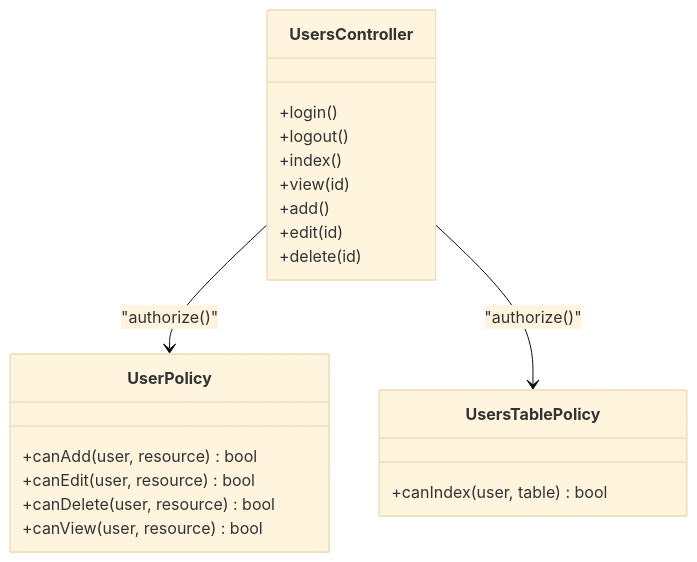
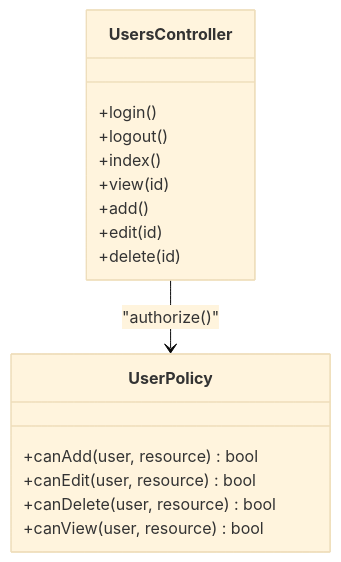
Before and after one commit to luiseduacosta/tcc4: the fifth of 10 diagrams in .qoder/repowiki/en/content/Architecture Overview/Architecture Overview.md, drawn with Mermaid (base theme). The commit also changed other lines of this file and 101 other files, not shown here.

````diff
--- a/.qoder/repowiki/en/content/Architecture Overview/Architecture Overview.md
+++ b/.qoder/repowiki/en/content/Architecture Overview/Architecture Overview.md
@@ -185,23 +188,19 @@
 ```mermaid
 classDiagram
 class UserPolicy {
 +canAdd(user, resource) bool
 +canEdit(user, resource) bool
 +canDelete(user, resource) bool
 +canView(user, resource) bool
-}
-class UsersTablePolicy {
-+canIndex(user, table) bool
 }
 class UsersController {
 +login()
 +logout()
 +index()
 +view(id)
 +add()
 +edit(id)
 +delete(id)
 }
 UsersController --> UserPolicy : "authorize()"
-UsersController --> UsersTablePolicy : "authorize()"
 ```
````
